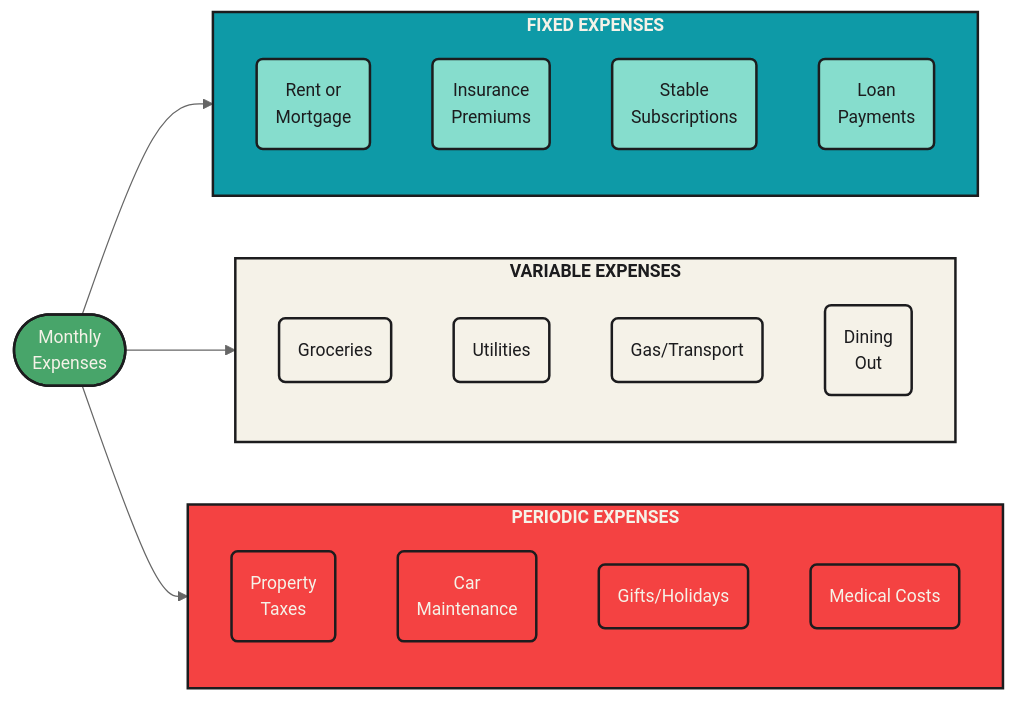
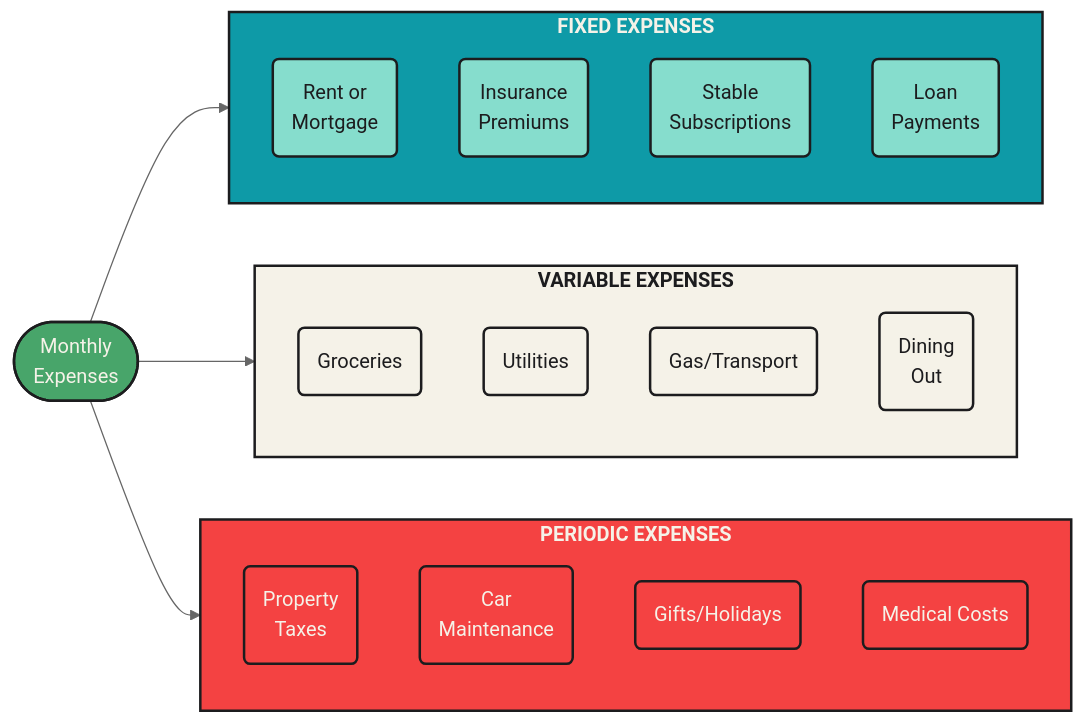
One commit to mjfrigaard/fm-finance changed the first of 4 diagrams in budgeting.qmd. Above: the diagram before and after it, drawn with Mermaid. The commit also changed other lines of this file and 20 other files, not shown here.

Commit message:
updates to mermaid diagrams

````diff
--- a/budgeting.qmd
+++ b/budgeting.qmd
@@ -77,56 +63,56 @@
 ```{mermaid}
 %%| fig-cap: 'Fixed vs. Variable Expenses'
 %%| fig-align: center
-%%{init: {'theme': 'neutral', 'themeVariables': { 'fontFamily': 'monospace', "fontSize":"14px", 'ganttNumberSectionStyles': 4}}}%%
+%%{init: {'theme': 'neutral', 'themeVariables': { 'fontFamily': 'monospace', "darkMode":false, "fontSize":"16px"}}}%%
 
 flowchart LR
 
     Expenses(["Monthly<br>Expenses"])
     
     subgraph Fixed["<strong>FIXED EXPENSES</strong>"]
         Rent("Rent or<br>Mortgage")
         Insurance("Insurance<br>Premiums")
         Subs("Stable<br>Subscriptions")
         Loans("Loan<br>Payments")
     end
     
     subgraph Variable["<strong>VARIABLE EXPENSES</strong>"]
         Groceries("Groceries")
         Utilities("Utilities")
         Gas("Gas/Transport")
         Dining("Dining<br>Out")
     end
 
     subgraph Periodic["<strong>PERIODIC EXPENSES</strong>"]
         Taxes("Property<br>Taxes")
         CarMaint("Car<br>Maintenance")
         Gifts("Gifts/Holidays")
         Medical("Medical Costs")
     end
     
     Expenses --> Fixed  
     Expenses --> Variable 
     Expenses --> Periodic
     
     style Expenses fill:#48a56a,color:#F5F2E8,stroke:#1C1C1E,stroke-width:2px
     
     style Fixed fill:#0e9aa7,color:#F5F2E8,stroke:#1C1C1E,stroke-width:2px
     style Rent fill:#86ddcd,color:#1C1C1E,stroke:#1C1C1E,stroke-width:2px
     style Insurance fill:#86ddcd,color:#1C1C1E,stroke:#1C1C1E,stroke-width:2px
     style Subs fill:#86ddcd,color:#1C1C1E,stroke:#1C1C1E,stroke-width:2px
     style Loans fill:#86ddcd,color:#1C1C1E,stroke:#1C1C1E,stroke-width:2px
                         
     style Variable fill:#F5F2E8,color:#1C1C1E,stroke:#1C1C1E,stroke-width:2px
     style Groceries fill:#F5F2E8,color:#1C1C1E,stroke:#1C1C1E,stroke-width:2px
     style Utilities fill:#F5F2E8,color:#1C1C1E,stroke:#1C1C1E,stroke-width:2px
     style Gas fill:#F5F2E8,color:#1C1C1E,stroke:#1C1C1E,stroke-width:2px
     style Dining fill:#F5F2E8,color:#1C1C1E,stroke:#1C1C1E,stroke-width:2px
     
     style Periodic fill:#f44242,color:#F5F2E8,stroke:#1C1C1E,stroke-width:2px
     style Taxes fill:#f44242,color:#F5F2E8,stroke:#1C1C1E,stroke-width:2px
     style CarMaint fill:#f44242,color:#F5F2E8,stroke:#1C1C1E,stroke-width:2px
     style Gifts fill:#f44242,color:#F5F2E8,stroke:#1C1C1E,stroke-width:2px
     style Medical fill:#f44242,color:#F5F2E8,stroke:#1C1C1E,stroke-width:2px
     
     
 ```
````
